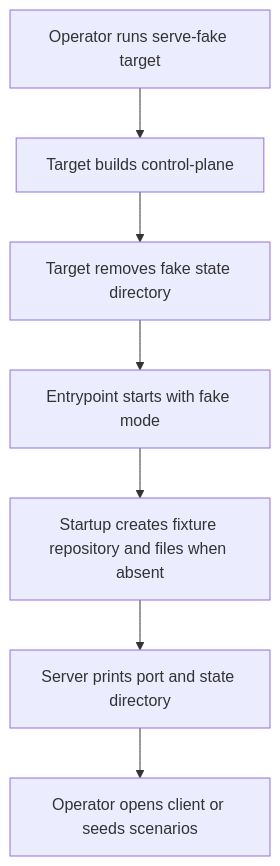
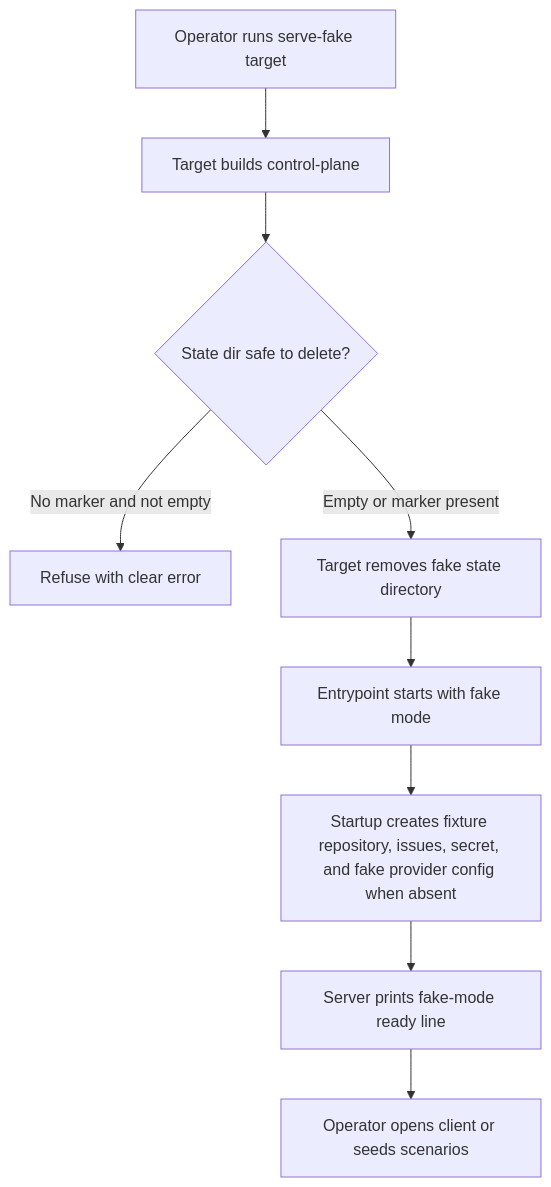
Before and after one commit to markdstafford/autocatalyst: the first of 2 diagrams in context-human/specs/feature-scripted-fake-mode-seed-command.md, drawn with Mermaid. The commit also changed other lines of this file, not shown here.

Commit message:
docs: revise feature spec scripted-fake-mode-seed-command

````diff
--- a/context-human/specs/feature-scripted-fake-mode-seed-command.md
+++ b/context-human/specs/feature-scripted-fake-mode-seed-command.md
@@ -70,9 +75,11 @@
 ```mermaid
 graph TD
     A[Operator runs serve-fake target] --> B[Target builds control-plane]
-    B --> C[Target removes fake state directory]
-    C --> D[Entrypoint starts with fake mode]
-    D --> E[Startup creates fixture repository and files when absent]
-    E --> F[Server prints port and state directory]
-    F --> G[Operator opens client or seeds scenarios]
+    B --> C{State dir safe to delete?}
+    C -->|No marker and not empty| X[Refuse with clear error]
+    C -->|Empty or marker present| D[Target removes fake state directory]
+    D --> E[Entrypoint starts with fake mode]
+    E --> F[Startup creates fixture repository, issues, secret, and fake provider config when absent]
+    F --> G[Server prints fake-mode ready line]
+    G --> H[Operator opens client or seeds scenarios]
 ```
````
